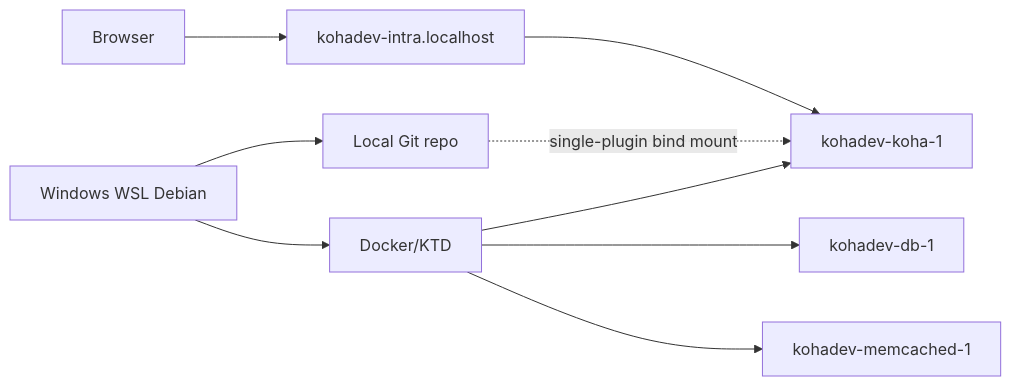
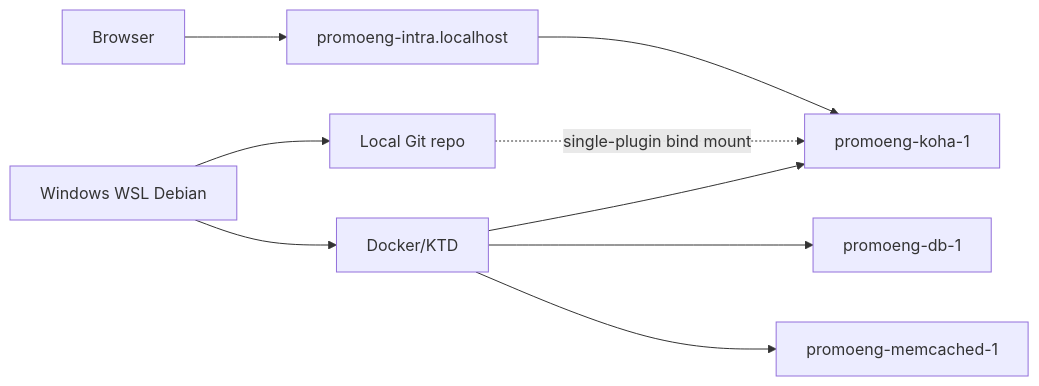
The fourth of 4 diagrams in docs/brain/ARCHITECTURE.md (AbdealiBadri/koha-plugin-promotion-engagement), drawn with Mermaid before and after one commit. The commit also changed other lines of this file and 21 other files, not shown here.

````diff
--- a/docs/brain/ARCHITECTURE.md
+++ b/docs/brain/ARCHITECTURE.md
@@ -181,11 +181,11 @@
 ```mermaid
 flowchart LR
     WSL[Windows WSL Debian] --> Git[Local Git repo]
     WSL --> Docker[Docker/KTD]
-    Docker --> Koha[kohadev-koha-1]
-    Docker --> DB[kohadev-db-1]
-    Docker --> Cache[kohadev-memcached-1]
-    Browser --> Host[kohadev-intra.localhost]
+    Docker --> Koha[promoeng-koha-1]
+    Docker --> DB[promoeng-db-1]
+    Docker --> Cache[promoeng-memcached-1]
+    Browser --> Host[promoeng-intra.localhost]
     Host --> Koha
     Git -. single-plugin bind mount .-> Koha
 ```
````
